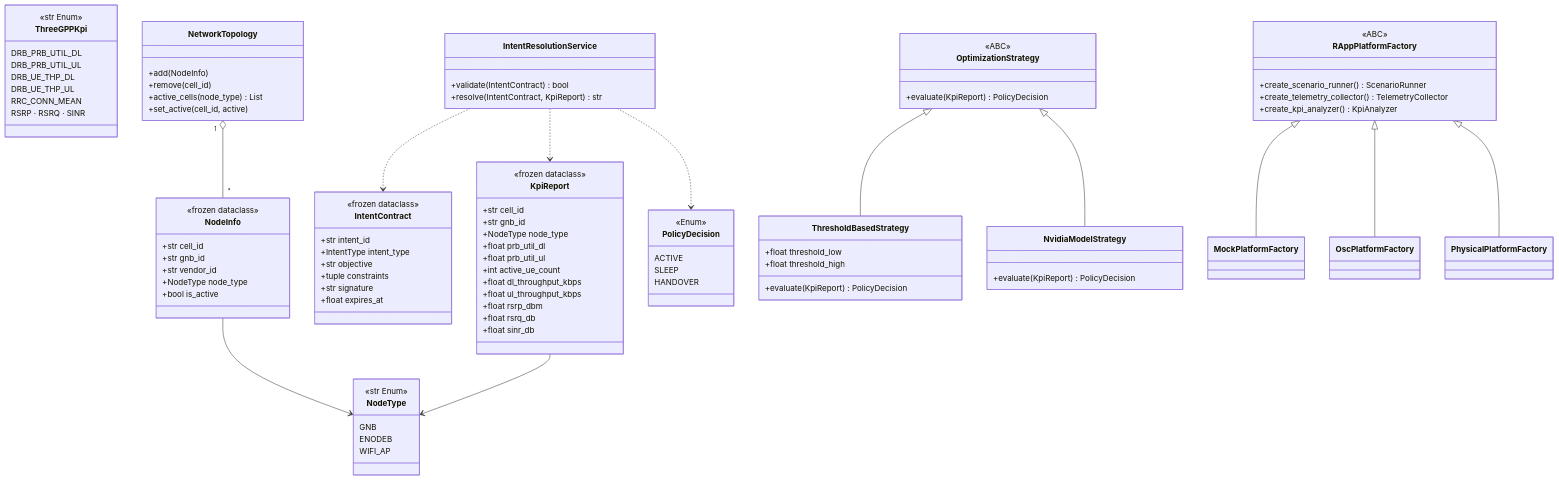
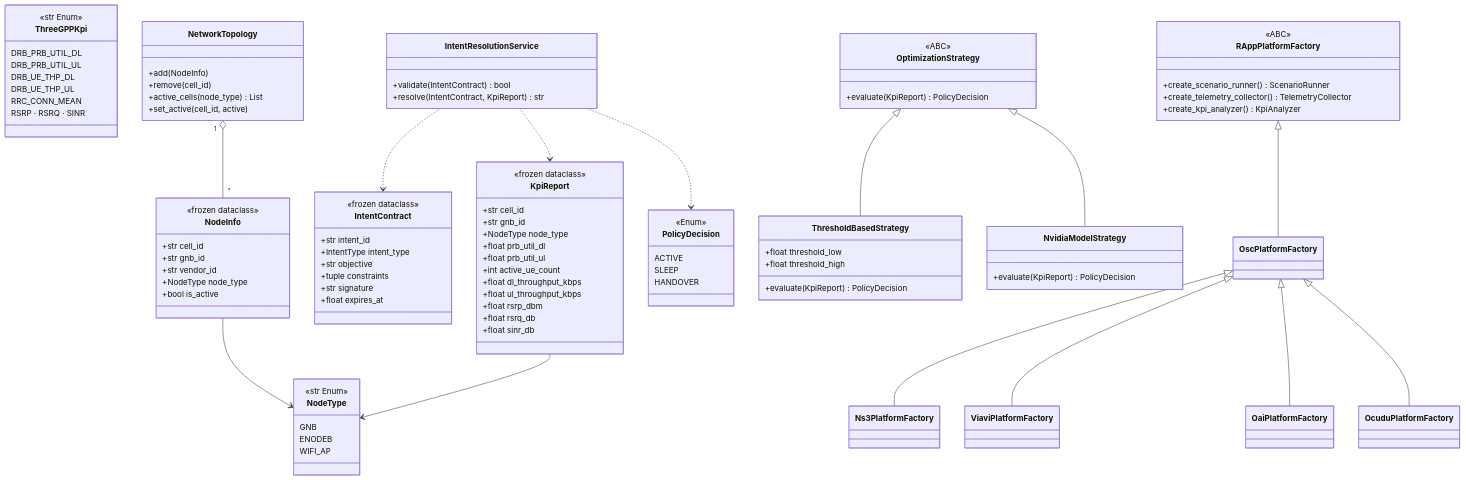
Before and after one commit to bmw-ece-ntust/template: the seventh of 9 diagrams in CONTEXT.md, drawn with Mermaid. The commit also changed other lines of this file and 115 other files, not shown here.

````diff
--- a/CONTEXT.md
+++ b/CONTEXT.md
@@ -342,7 +344,9 @@
     IntentResolutionService ..> IntentContract
     IntentResolutionService ..> KpiReport
     IntentResolutionService ..> PolicyDecision
-    RAppPlatformFactory <|-- MockPlatformFactory
     RAppPlatformFactory <|-- OscPlatformFactory
-    RAppPlatformFactory <|-- PhysicalPlatformFactory
+    OscPlatformFactory <|-- Ns3PlatformFactory
+    OscPlatformFactory <|-- ViaviPlatformFactory
+    OscPlatformFactory <|-- OaiPlatformFactory
+    OscPlatformFactory <|-- OcuduPlatformFactory
 ```
````
